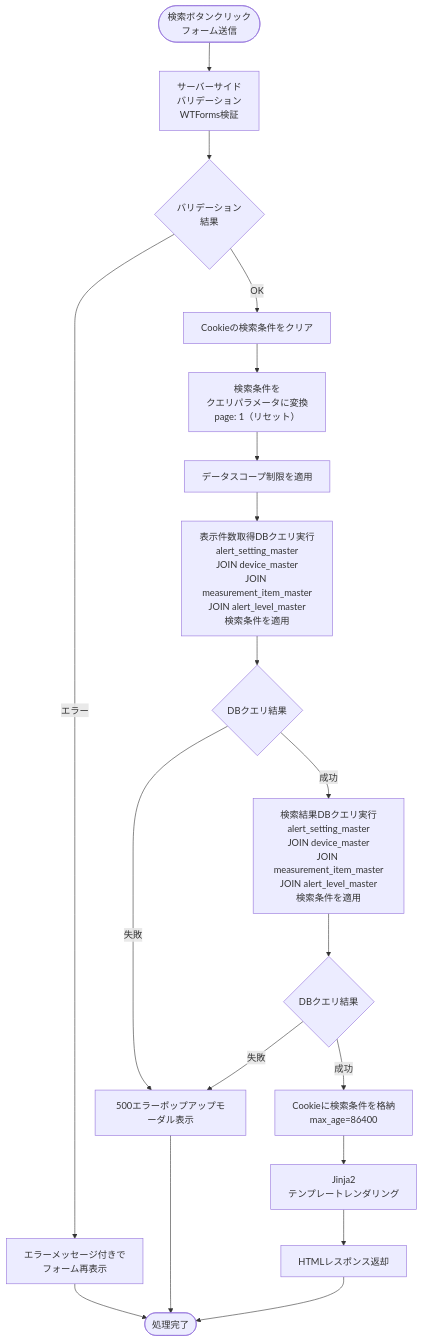
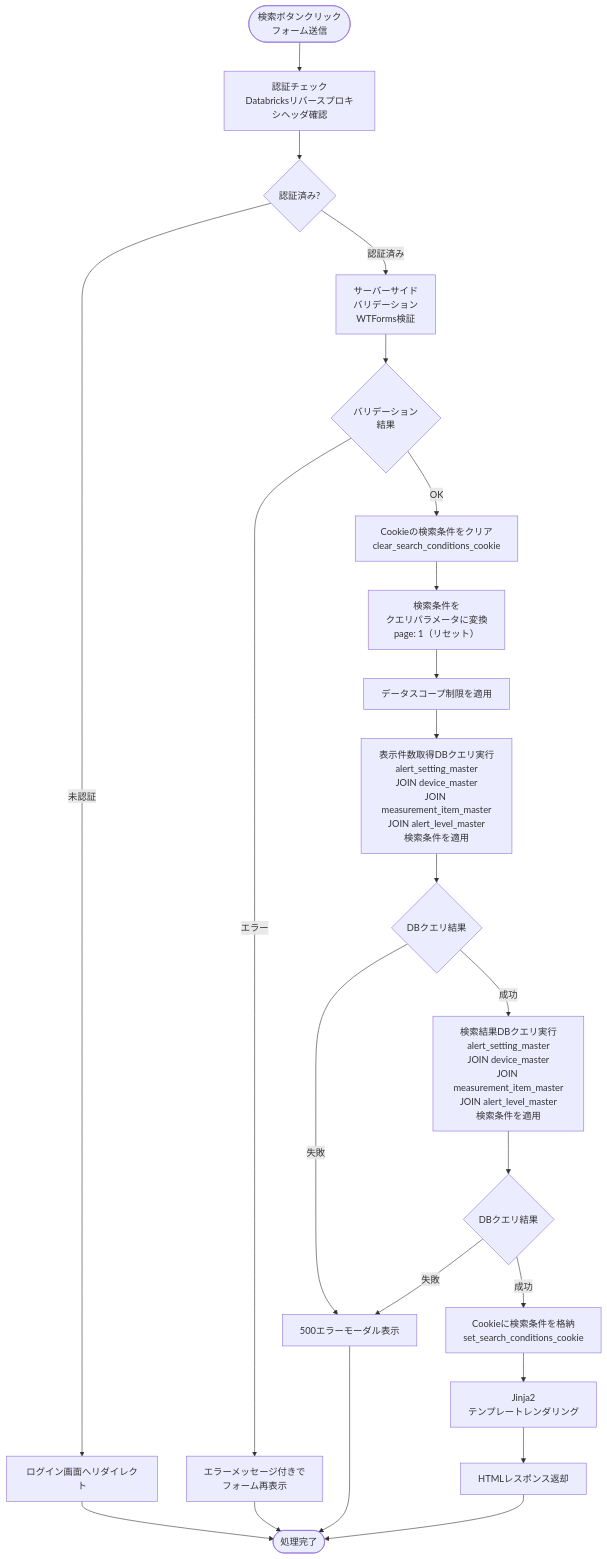
Before and after one commit to NSW-SVCP-AIWG002/Databricks-IoT: the second of 9 diagrams in docs/03-features/flask-app/alert-settings/workflow-specification.md, drawn with Mermaid. The commit also changed other lines of this file and 2 other files, not shown here.

````diff
--- a/docs/03-features/flask-app/alert-settings/workflow-specification.md
+++ b/docs/03-features/flask-app/alert-settings/workflow-specification.md
@@ -285,27 +287,32 @@
 ```mermaid
 flowchart TD
-    Start([検索ボタンクリック<br>フォーム送信]) --> Validate[サーバーサイド<br>バリデーション<br>WTForms検証]
+    Start([検索ボタンクリック<br>フォーム送信]) --> Auth[認証チェック<br>Databricksリバースプロキシヘッダ確認]
+    Auth --> CheckAuth{認証済み?}
+    CheckAuth -->|未認証| Error401[ログイン画面へリダイレクト]
+    Error401 --> End([処理完了])
+
+    CheckAuth -->|認証済み| Validate[サーバーサイド<br>バリデーション<br>WTForms検証]
     Validate --> ValidCheck{バリデーション<br>結果}
 
     ValidCheck -->|エラー| ValidError[エラーメッセージ付きで<br>フォーム再表示]
     ValidError --> End([処理完了])
 
-    ValidCheck -->|OK| ClearCookie[Cookieの検索条件をクリア]
+    ValidCheck -->|OK| ClearCookie[Cookieの検索条件をクリア<br>clear_search_conditions_cookie]
     ClearCookie --> Convert[検索条件を<br>クエリパラメータに変換<br>page: 1（リセット）]
     Convert --> Scope[データスコープ制限を適用]
     Scope -->  Count[表示件数取得DBクエリ実行<br>alert_setting_master<br>JOIN device_master<br>JOIN measurement_item_master<br>JOIN alert_level_master<br>検索条件を適用]
     Count --> CheckDB{DBクエリ結果}
 
-    CheckDB -->|失敗| Error500[500エラーポップアップモーダル表示]
+    CheckDB -->|失敗| Error500[500エラーモーダル表示]
     Error500 --> End
 
     CheckDB -->|成功| Query[検索結果DBクエリ実行<br>alert_setting_master<br>JOIN device_master<br>JOIN measurement_item_master<br>JOIN alert_level_master<br>検索条件を適用]
     Query --> CheckDB2{DBクエリ結果}
 
-    CheckDB2 -->|失敗| Error500[500エラーポップアップモーダル表示]
+    CheckDB2 -->|失敗| Error500[500エラーモーダル表示]
 
-    CheckDB2 -->|成功| PutParams[Cookieに検索条件を格納<br>max_age=86400]
+    CheckDB2 -->|成功| PutParams[Cookieに検索条件を格納<br>set_search_conditions_cookie]
     PutParams --> Template[Jinja2<br>テンプレートレンダリング]
     Template --> Response[HTMLレスポンス返却]
     Response --> End
 ```
````
